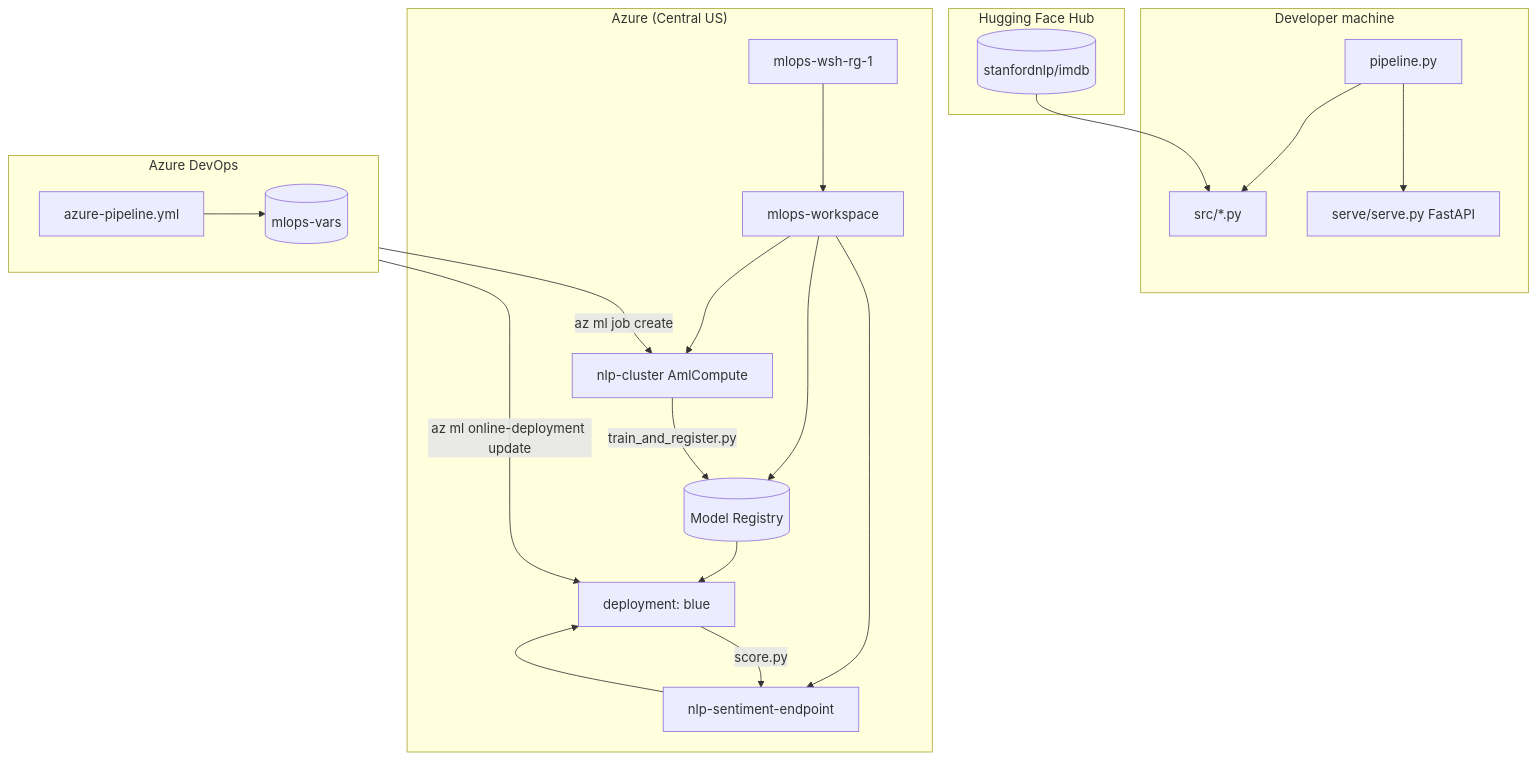
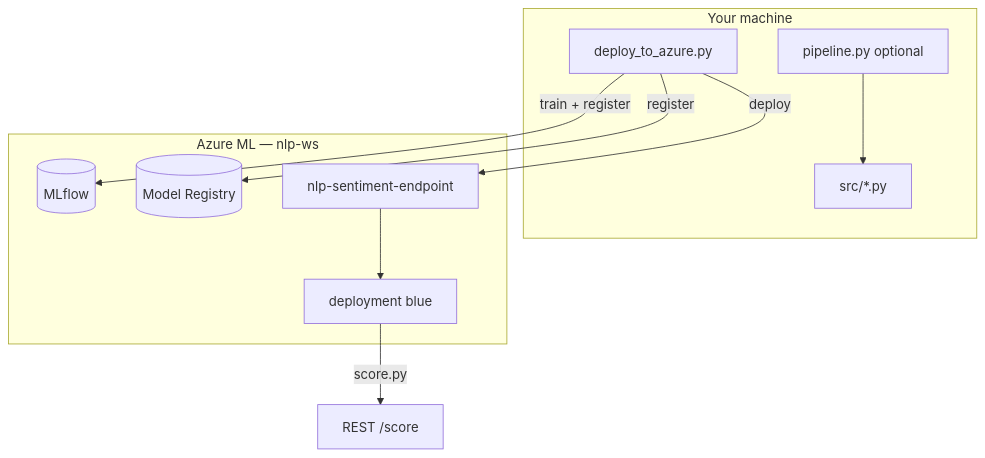
The first of 3 diagrams in flow.md (itsharsh01/simple_nlp_pipeline), drawn with Mermaid before and after one commit. The commit also changed other lines of this file and 10 other files, not shown here.

````diff
--- a/flow.md
+++ b/flow.md
@@ -52,41 +41,22 @@
 ```mermaid
 flowchart TB
-    subgraph Dev["Developer machine"]
-        PIPE[pipeline.py]
+    subgraph Local["Your machine"]
+        DEPLOY[deploy_to_azure.py]
+        PIPE[pipeline.py optional]
         SRC[src/*.py]
-        SERVE[serve/serve.py FastAPI]
-        PIPE --> SRC
-        PIPE --> SERVE
     end
 
-    subgraph HF["Hugging Face Hub"]
-        IMDB[(stanfordnlp/imdb)]
+    subgraph Azure["Azure ML — nlp-ws"]
+        MLF[(MLflow)]
+        REG[(Model Registry)]
+        EP[nlp-sentiment-endpoint]
+        DEP[deployment blue]
     end
 
-    subgraph ADO["Azure DevOps"]
-        YML[azure-pipeline.yml]
-        VG[(mlops-vars)]
-        YML --> VG
-    end
-
-    subgraph Azure["Azure (Central US)"]
-        WS[mlops-workspace]
-        RG[mlops-wsh-rg-1]
-        CL[nlp-cluster AmlCompute]
-        EP[nlp-sentiment-endpoint]
-        DEP[deployment: blue]
-        REG[(Model Registry)]
-        RG --> WS
-        WS --> CL
-        WS --> REG
-        WS --> EP
-        EP --> DEP
-    end
-
-    IMDB --> SRC
-    ADO -->|az ml job create| CL
-    CL -->|train_and_register.py| REG
-    ADO -->|az ml online-deployment update| DEP
-    REG --> DEP
-    DEP -->|score.py| EP
+    DEPLOY -->|train + register| MLF
+    DEPLOY -->|register| REG
+    DEPLOY -->|deploy| EP
+    EP --> DEP
+    DEP -->|score.py| SCORE[REST /score]
+    PIPE --> SRC
 ```
````
